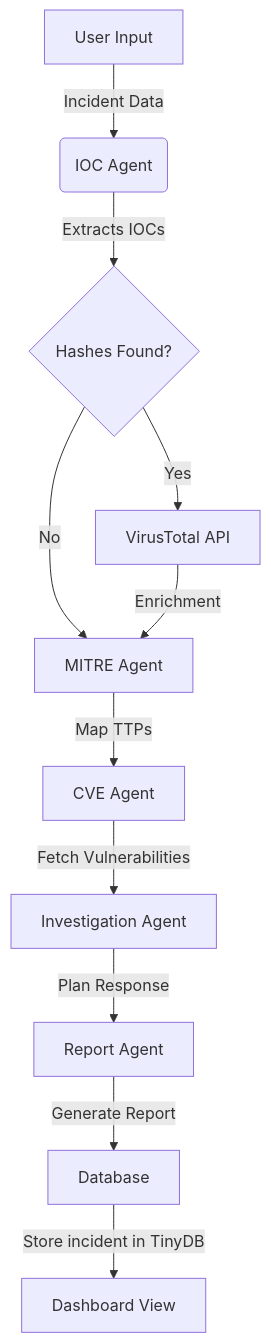
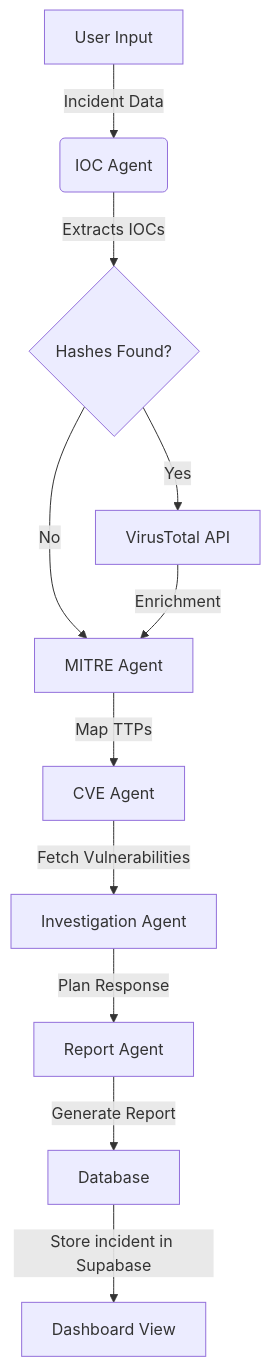
Before and after one commit to NathanCavalcanti/pouchnexus: the diagram in docs/workflow.md, drawn with Mermaid. The commit also changed 11 other files, not shown here.

````diff
--- a/docs/workflow.md
+++ b/docs/workflow.md
@@ -5,13 +5,13 @@
 ```mermaid
 graph TD
     A[User Input] -->|Incident Data| B(IOC Agent)
     B -->|Extracts IOCs| C{Hashes Found?}
     C -->|Yes| D[VirusTotal API]
     C -->|No| E[MITRE Agent]
     D -->|Enrichment| E
     E -->|Map TTPs| F[CVE Agent]
     F -->|Fetch Vulnerabilities| G[Investigation Agent]
     G -->|Plan Response| H[Report Agent]
     H -->|Generate Report| I[Database]
-    I -->|Store incident in TinyDB| J[Dashboard View]
+    I -->|Store incident in Supabase| J[Dashboard View]
 ```
````
